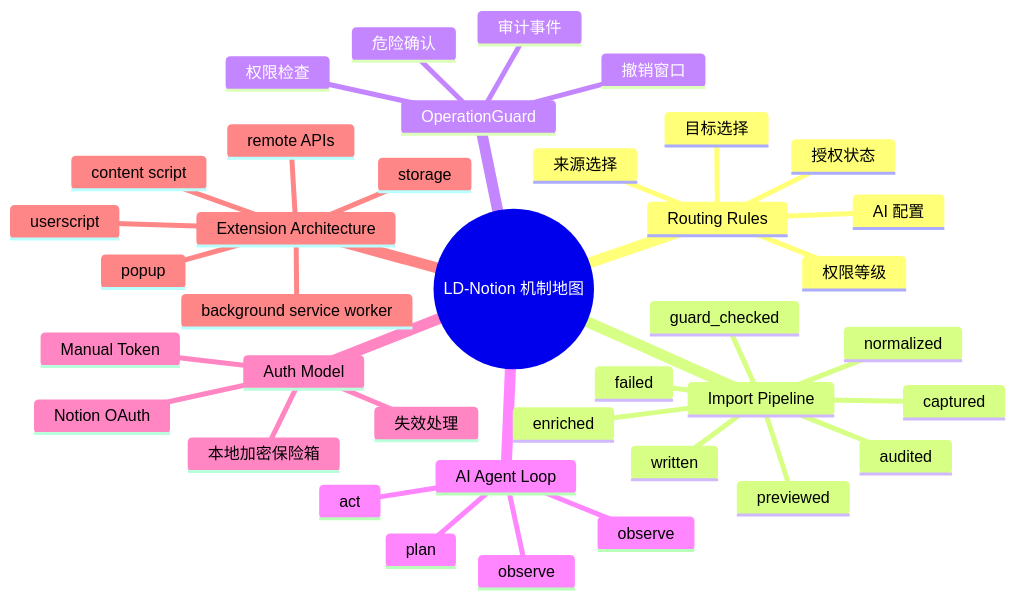
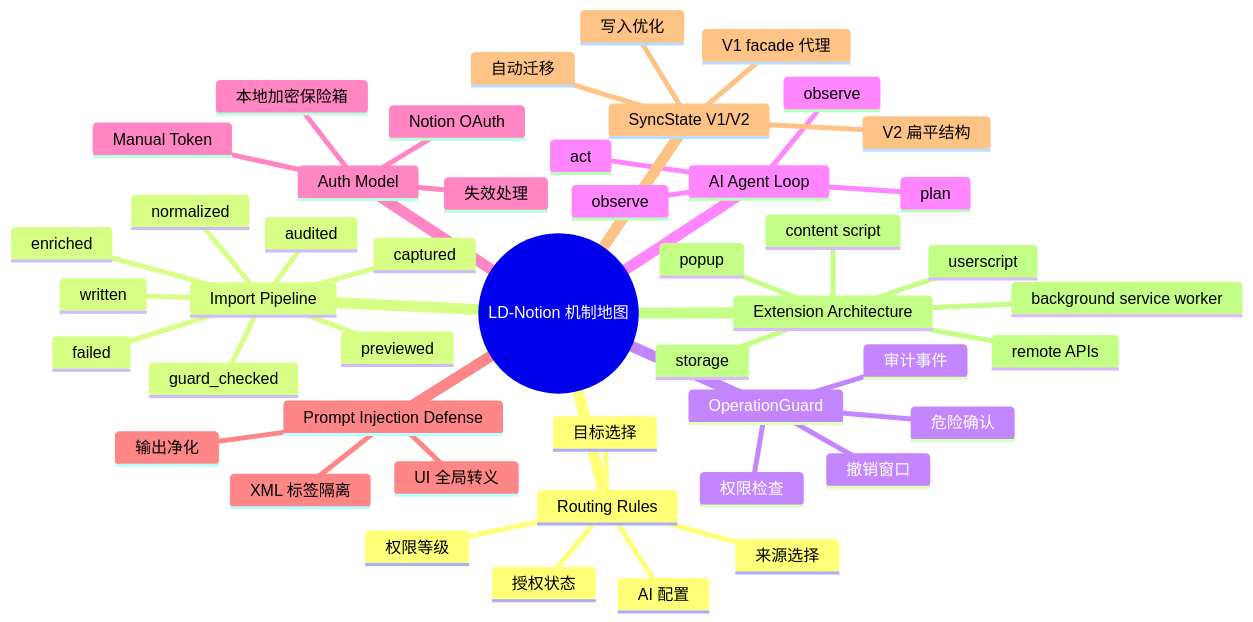
The diagram in docs/concepts/index.md (Smith-106/LD-Notion), drawn with Mermaid before and after one commit. The commit also changed other lines of this file and 7 other files, not shown here.

First line of the commit message:
docs: 更新文档站至 v3.7.1 — 安全加固、prompt injection 防御、SyncState 迁移

````diff
--- a/docs/concepts/index.md
+++ b/docs/concepts/index.md
@@ -7,41 +7,50 @@
 ```mermaid
 mindmap
   root((LD-Notion 机制地图))
     Routing Rules
       来源选择
       目标选择
       授权状态
       AI 配置
       权限等级
     Import Pipeline
       captured
       normalized
       guard_checked
       enriched
       previewed
       written
       audited
       failed
     OperationGuard
       权限检查
       危险确认
       审计事件
       撤销窗口
     AI Agent Loop
       observe
       plan
       act
       observe
     Auth Model
       Notion OAuth
       Manual Token
       本地加密保险箱
       失效处理
+    Prompt Injection Defense
+      XML 标签隔离
+      输出净化
+      UI 全局转义
+    SyncState V1/V2
+      V2 扁平结构
+      V1 facade 代理
+      自动迁移
+      写入优化
     Extension Architecture
       userscript
       content script
       background service worker
       popup
       storage
       remote APIs
 ```
````
